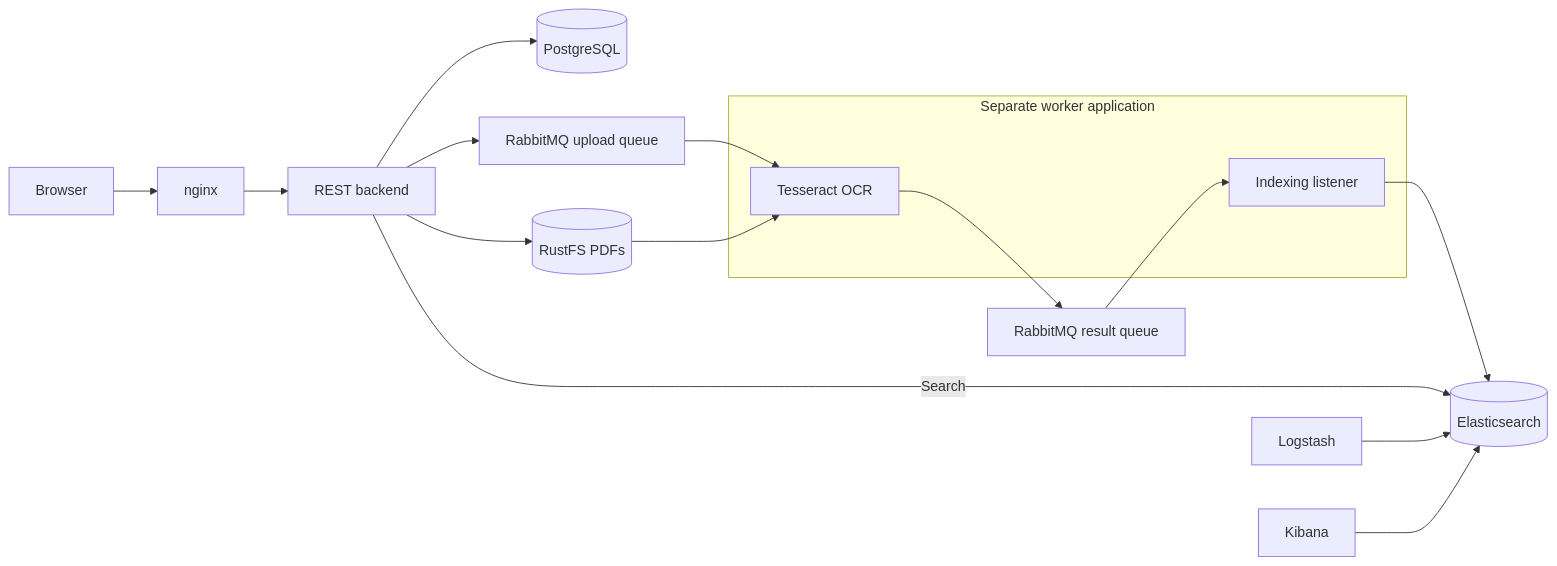
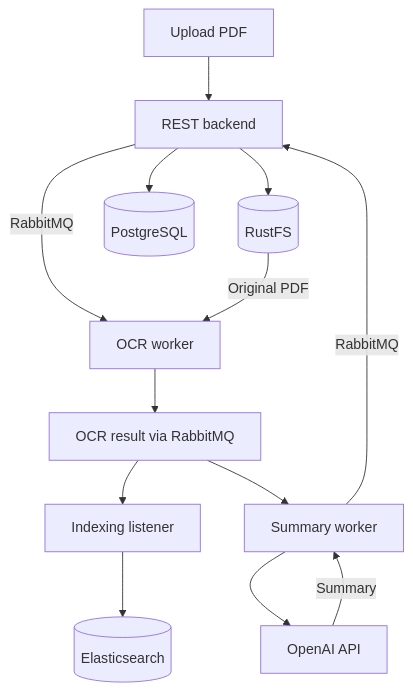
One commit to SimSta123/SWEN-3-Document-Management-System changed the diagram in README.md. Above: the diagram before and after it, drawn with Mermaid. The commit also changed other lines of this file and 13 other files, not shown here.

Commit message:
Open stored PDFs and update the Sprint 5 README

````diff
--- a/README.md
+++ b/README.md
@@ -51,18 +49,13 @@
 ```mermaid
-flowchart LR
-    Browser --> nginx --> Backend[REST backend]
-    Backend --> PostgreSQL[(PostgreSQL)]
-    Backend --> RustFS[(RustFS PDFs)]
-    Backend --> Uploads[RabbitMQ upload queue]
-    subgraph Worker[Separate worker application]
-        OCR[Tesseract OCR]
-        Indexer[Indexing listener]
-    end
-    Uploads --> OCR
-    RustFS --> OCR
-    OCR --> Results[RabbitMQ result queue] --> Indexer
-    Indexer --> Elasticsearch[(Elasticsearch)]
-    Backend -->|Search| Elasticsearch
-    Logstash --> Elasticsearch
-    Kibana --> Elasticsearch
+flowchart TD
+    Upload["Upload PDF"] --> Backend["REST backend"]
+    Backend --> Files[("RustFS")]
+    Backend -->|RabbitMQ| OCR["OCR worker"]
+    Files -->|Original PDF| OCR
+    OCR --> Text["OCR result via RabbitMQ"]
+    Text --> Index["Indexing listener"] --> Search[("Elasticsearch")]
+    Text --> Summaries["Summary worker"] --> OpenAI["OpenAI API"]
+    OpenAI -->|Summary| Summaries
+    Summaries -->|RabbitMQ| Backend
+    Backend --> Database[("PostgreSQL")]
 ```
````
